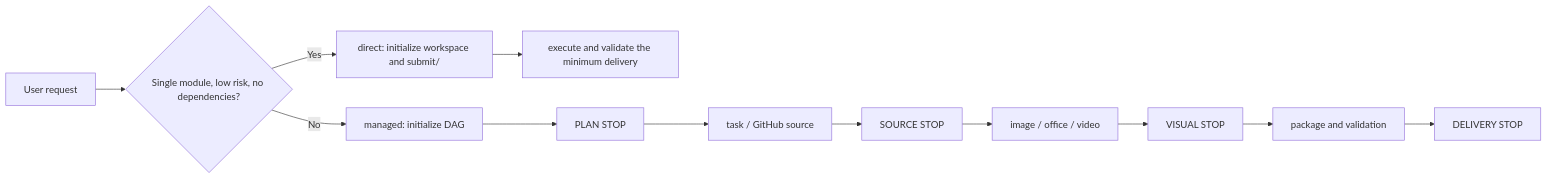
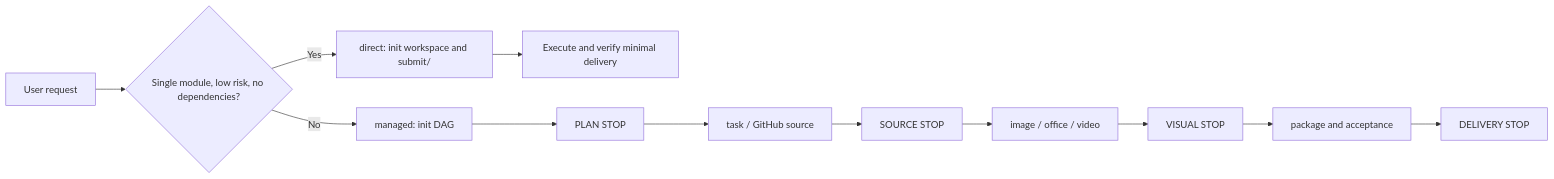
The diagram in README.en.md (qiuy-collab/AutoFlow.skill), drawn with Mermaid before and after one commit. The commit also changed other lines of this file and 50 other files, not shown here.

````diff
--- a/README.en.md
+++ b/README.en.md
@@ -50,14 +168,14 @@
 ```mermaid
 flowchart LR
     R[User request] --> Q{Single module, low risk, no dependencies?}
-    Q -->|Yes| D[direct: initialize workspace and submit/]
-    D --> DA[execute and validate the minimum delivery]
-    Q -->|No| M[managed: initialize DAG]
+    Q -->|Yes| D[direct: init workspace and submit/]
+    D --> DA[Execute and verify minimal delivery]
+    Q -->|No| M[managed: init DAG]
     M --> P[PLAN STOP]
     P --> T[task / GitHub source]
     T --> S[SOURCE STOP]
     S --> I[image / office / video]
     I --> V[VISUAL STOP]
-    V --> K[package and validation]
+    V --> K[package and acceptance]
     K --> L[DELIVERY STOP]
 ```
````
